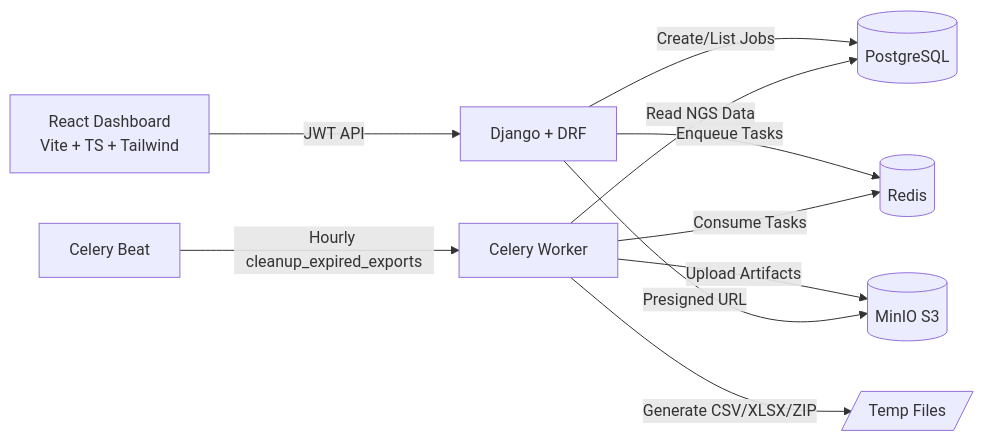
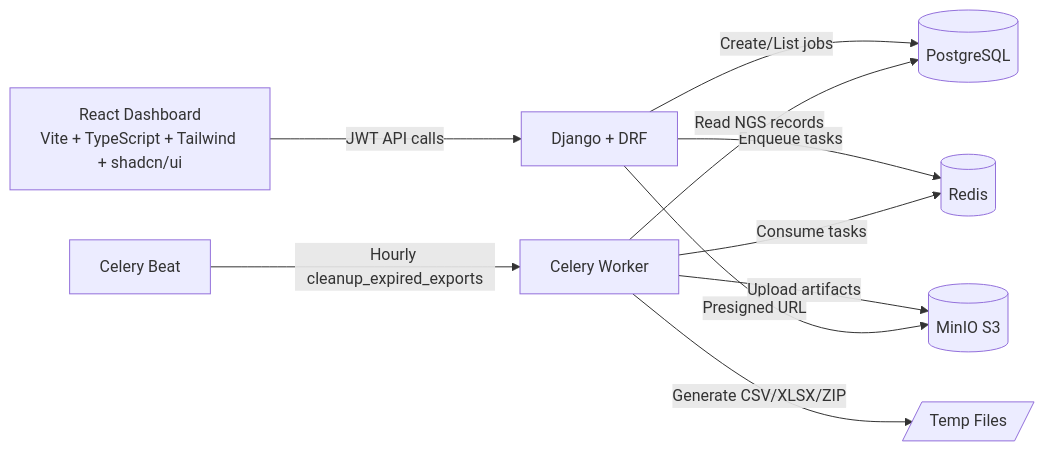
Before and after one commit to Gabriel-Rosa-Arcangelo/ngs-lab-hub: the diagram in README.md, drawn with Mermaid. The commit also changed other lines of this file, not shown here.

````diff
--- a/README.md
+++ b/README.md
@@ -6,12 +12,12 @@
 ```mermaid
 flowchart LR
-    FE[React Dashboard\nVite + TS + Tailwind] -->|JWT API| API[Django + DRF]
-    API -->|Create/List Jobs| DB[(PostgreSQL)]
-    API -->|Enqueue Tasks| R[(Redis)]
-    W[Celery Worker] -->|Consume Tasks| R
-    W -->|Read NGS Data| DB
+    FE[React Dashboard\nVite + TypeScript + Tailwind + shadcn/ui] -->|JWT API calls| API[Django + DRF]
+    API -->|Create/List jobs| DB[(PostgreSQL)]
+    API -->|Enqueue tasks| REDIS[(Redis)]
+    W[Celery Worker] -->|Consume tasks| REDIS
+    W -->|Read NGS records| DB
     W -->|Generate CSV/XLSX/ZIP| TMP[/Temp Files/]
-    W -->|Upload Artifacts| S3[(MinIO S3)]
+    W -->|Upload artifacts| S3[(MinIO S3)]
     API -->|Presigned URL| S3
     B[Celery Beat] -->|Hourly cleanup_expired_exports| W
 ```
````
